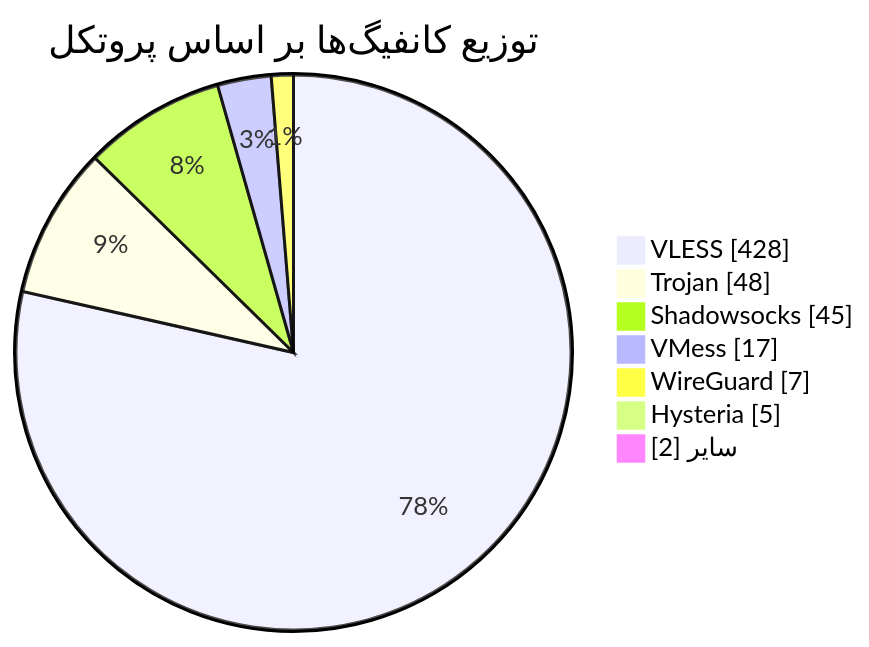
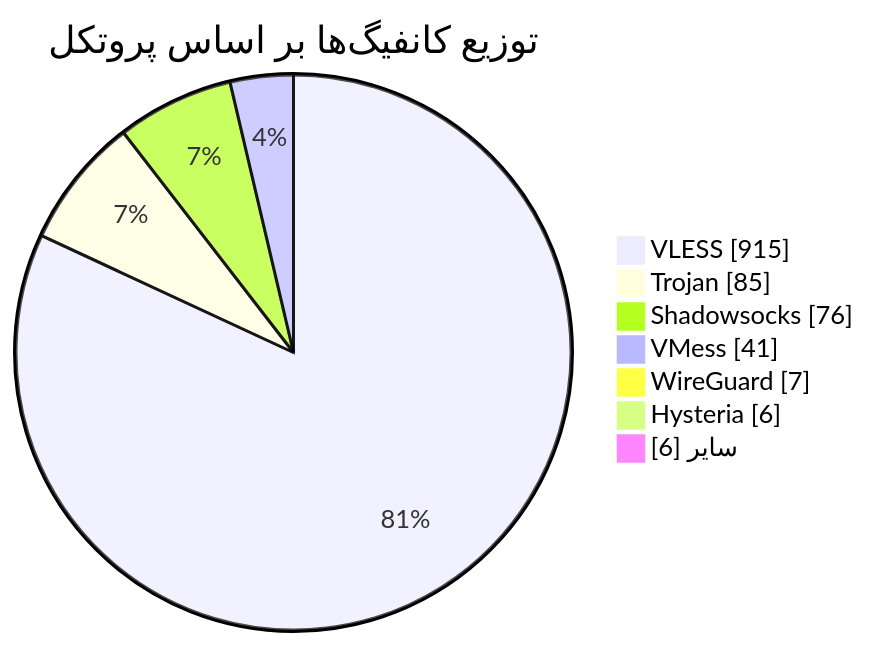
The diagram in README.md (Arian-Alijani/Somthing), drawn with Mermaid before and after one commit. The commit also changed other lines of this file and 109 other files, not shown here.

````diff
--- a/README.md
+++ b/README.md
@@ -49,11 +49,11 @@
 ```mermaid
 pie showData
     title توزیع کانفیگ‌ها بر اساس پروتکل
-    "VLESS" : 428
-    "Trojan" : 48
-    "Shadowsocks" : 45
-    "VMess" : 17
+    "VLESS" : 915
+    "Trojan" : 85
+    "Shadowsocks" : 76
+    "VMess" : 41
     "WireGuard" : 7
-    "Hysteria" : 5
-    "سایر" : 2
+    "Hysteria" : 6
+    "سایر" : 6
 ```
````
